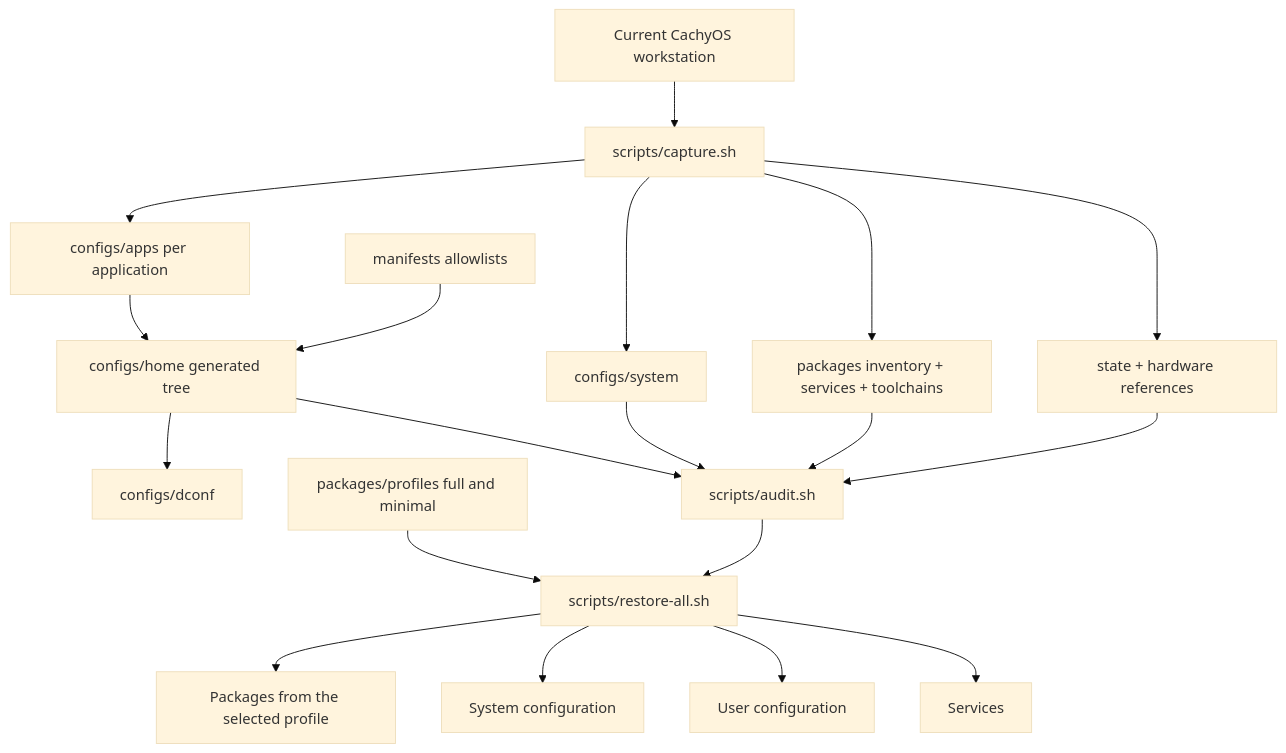
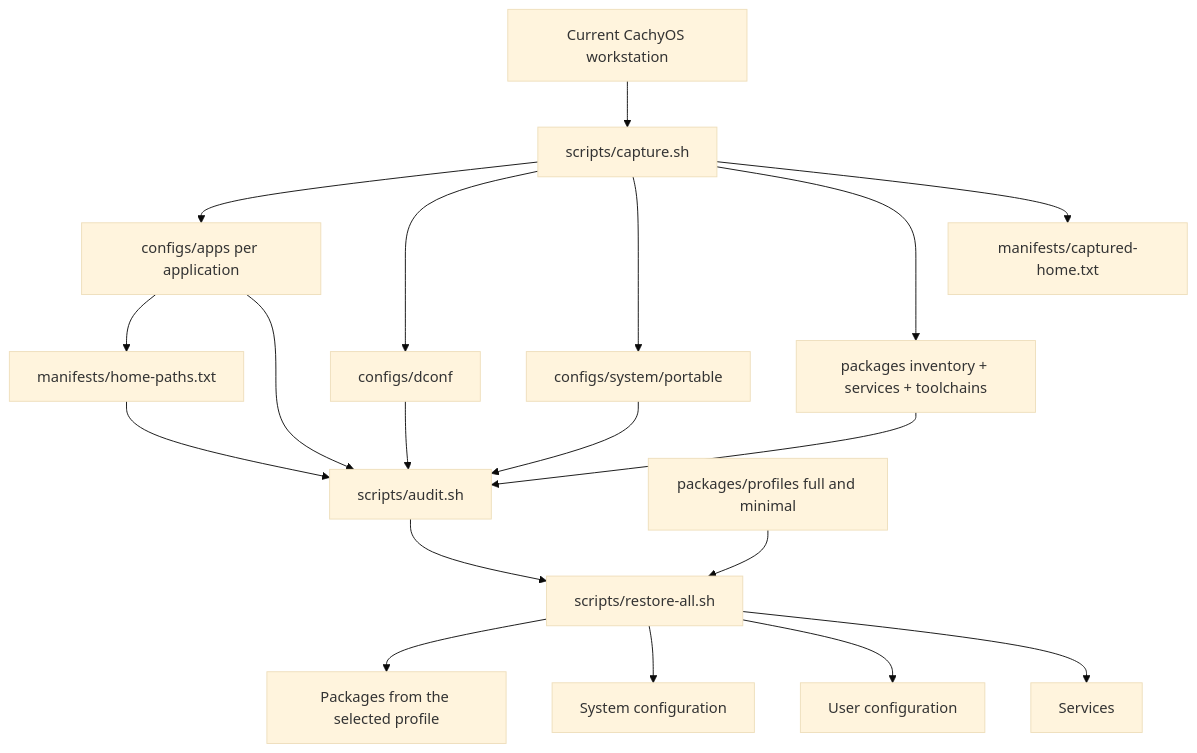
One commit to Eurekaimer/cachyos-config changed the diagram in README.md. Above: the diagram before and after it, drawn with Mermaid (base theme). The commit also changed other lines of this file and 314 other files, not shown here.

````diff
--- a/README.md
+++ b/README.md
@@ -27,21 +20,21 @@
 ```mermaid
 flowchart TD
     H[Current CachyOS workstation] --> C[scripts/capture.sh]
     C --> AP[configs/apps per application]
-    AP --> G[configs/home generated tree]
-    G --> DC[configs/dconf]
-    C --> S[configs/system]
+    C --> DC[configs/dconf]
+    C --> S[configs/system/portable]
     C --> P[packages inventory + services + toolchains]
-    C --> R[state + hardware references]
-    PR[packages/profiles full and minimal] --> X
-    M[manifests allowlists] --> G
-    G --> A[scripts/audit.sh]
+    AP --> M[manifests/home-paths.txt]
+    C --> CH[manifests/captured-home.txt]
+    AP --> A[scripts/audit.sh]
+    DC --> A
     S --> A
     P --> A
-    R --> A
+    M --> A
     A --> X[scripts/restore-all.sh]
+    PR[packages/profiles full and minimal] --> X
     X --> I[Packages from the selected profile]
     X --> Y[System configuration]
     X --> Z[User configuration]
     X --> V[Services]
 ```
````
